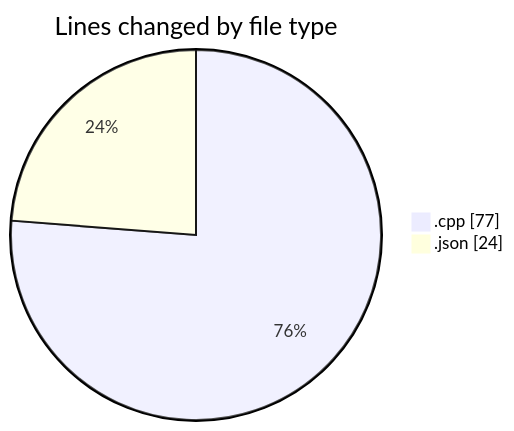
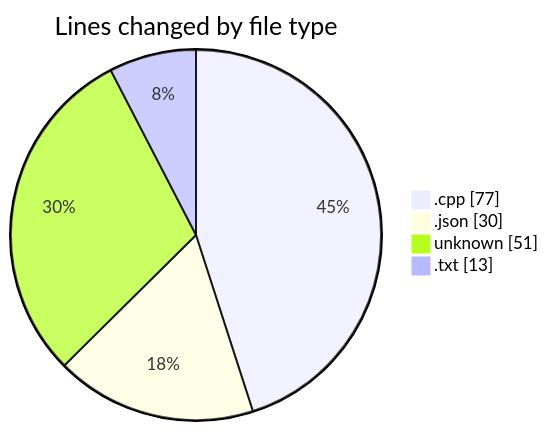
One commit to Netris89/code-tracking changed the first of 2 diagrams in 2025-03-30/echo/README.md. Above: the diagram before and after it, drawn with Mermaid. The commit also changed other lines of this file and 1 other file, not shown here.

````diff
--- a/2025-03-30/echo/README.md
+++ b/2025-03-30/echo/README.md
@@ -21,6 +23,8 @@
 ```mermaid
 pie showData
 title Lines changed by file type
 ".cpp" : 77
-".json" : 24
+".json" : 30
+"unknown" : 51
+".txt" : 13
 ```
````
